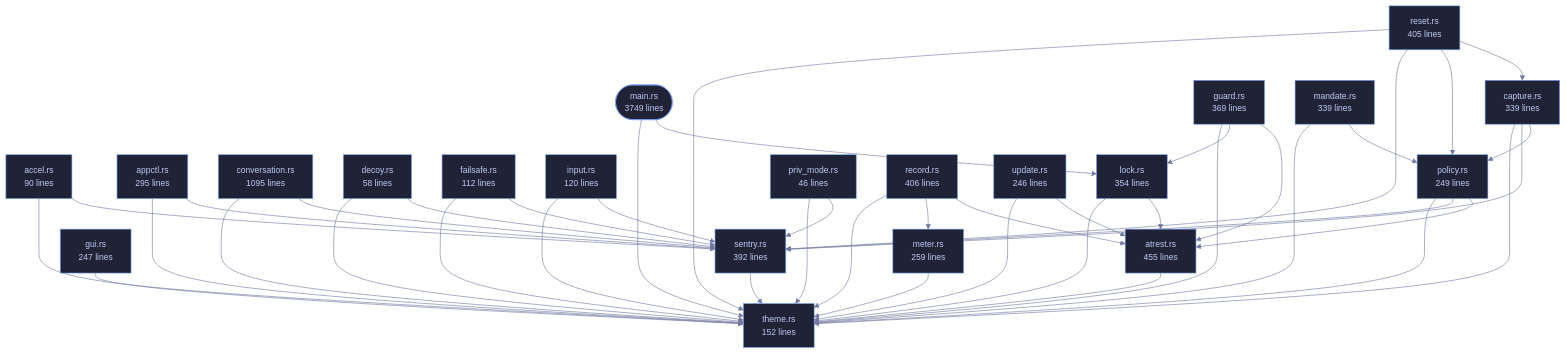
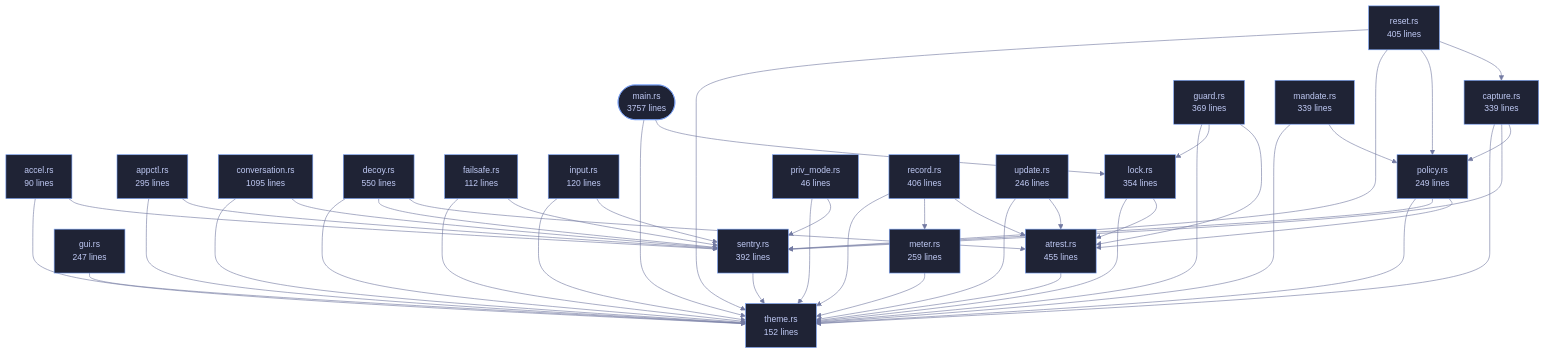
Before and after one commit to tilas01/veilvoice: the diagram in crates/veilvoice-cli/README.md, drawn with Mermaid. The commit also changed other lines of this file and 32 other files, not shown here.

````diff
--- a/crates/veilvoice-cli/README.md
+++ b/crates/veilvoice-cli/README.md
@@ -110,13 +110,13 @@
 ```mermaid
 %%{init: {"theme":"base","themeVariables":{"background":"#1a1b26","primaryColor":"#1f2335","primaryTextColor":"#c0caf5","primaryBorderColor":"#7aa2f7","secondaryColor":"#16161e","tertiaryColor":"#16161e","lineColor":"#737aa2","textColor":"#c0caf5","mainBkg":"#1f2335","nodeBorder":"#7aa2f7","clusterBkg":"#16161e","clusterBorder":"#2f3549","fontFamily":"ui-monospace, SFMono-Regular, Consolas, monospace","fontSize":"14px"}}}%%
 flowchart TD
-    n_main(["main.rs<br/>3749 lines"])
+    n_main(["main.rs<br/>3757 lines"])
     n_accel["accel.rs<br/>90 lines"]
     n_appctl["appctl.rs<br/>295 lines"]
     n_atrest["atrest.rs<br/>455 lines"]
     n_capture["capture.rs<br/>339 lines"]
     n_conversation["conversation.rs<br/>1095 lines"]
-    n_decoy["decoy.rs<br/>58 lines"]
+    n_decoy["decoy.rs<br/>550 lines"]
     n_failsafe["failsafe.rs<br/>112 lines"]
     n_guard["guard.rs<br/>369 lines"]
     n_gui["gui.rs<br/>247 lines"]
@@ -141,6 +141,7 @@
     n_capture --> n_theme
     n_conversation --> n_sentry
     n_conversation --> n_theme
+    n_decoy --> n_atrest
     n_decoy --> n_sentry
     n_decoy --> n_theme
     n_failsafe --> n_sentry
````
